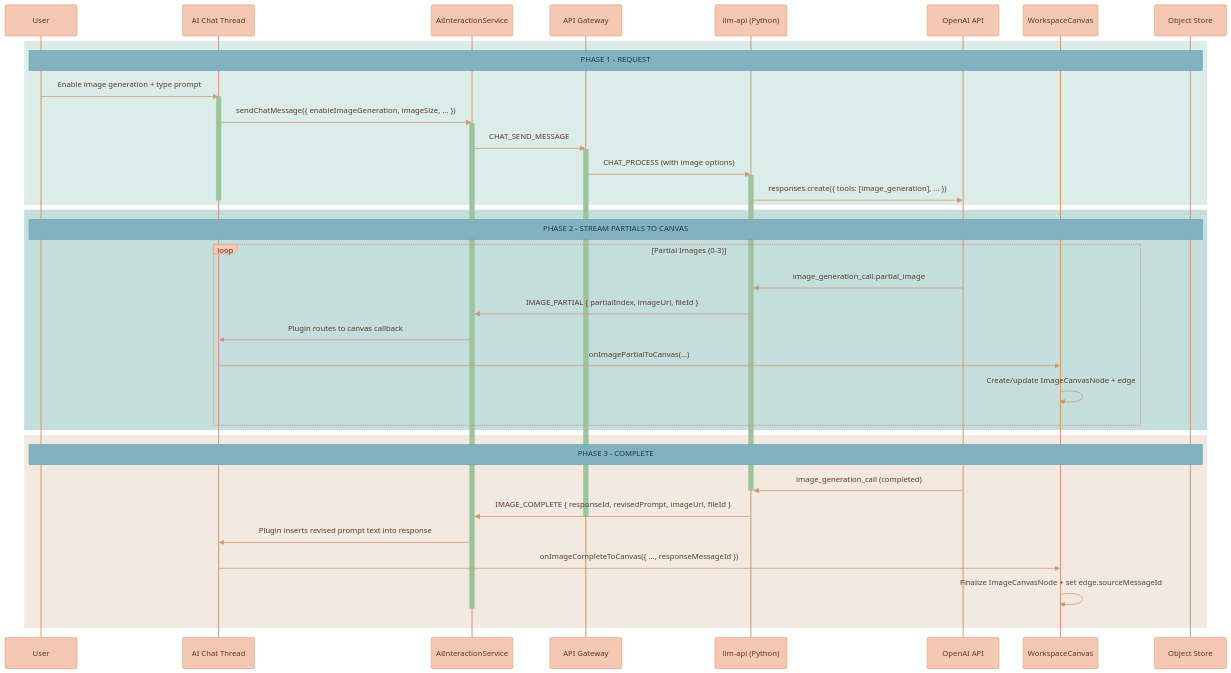
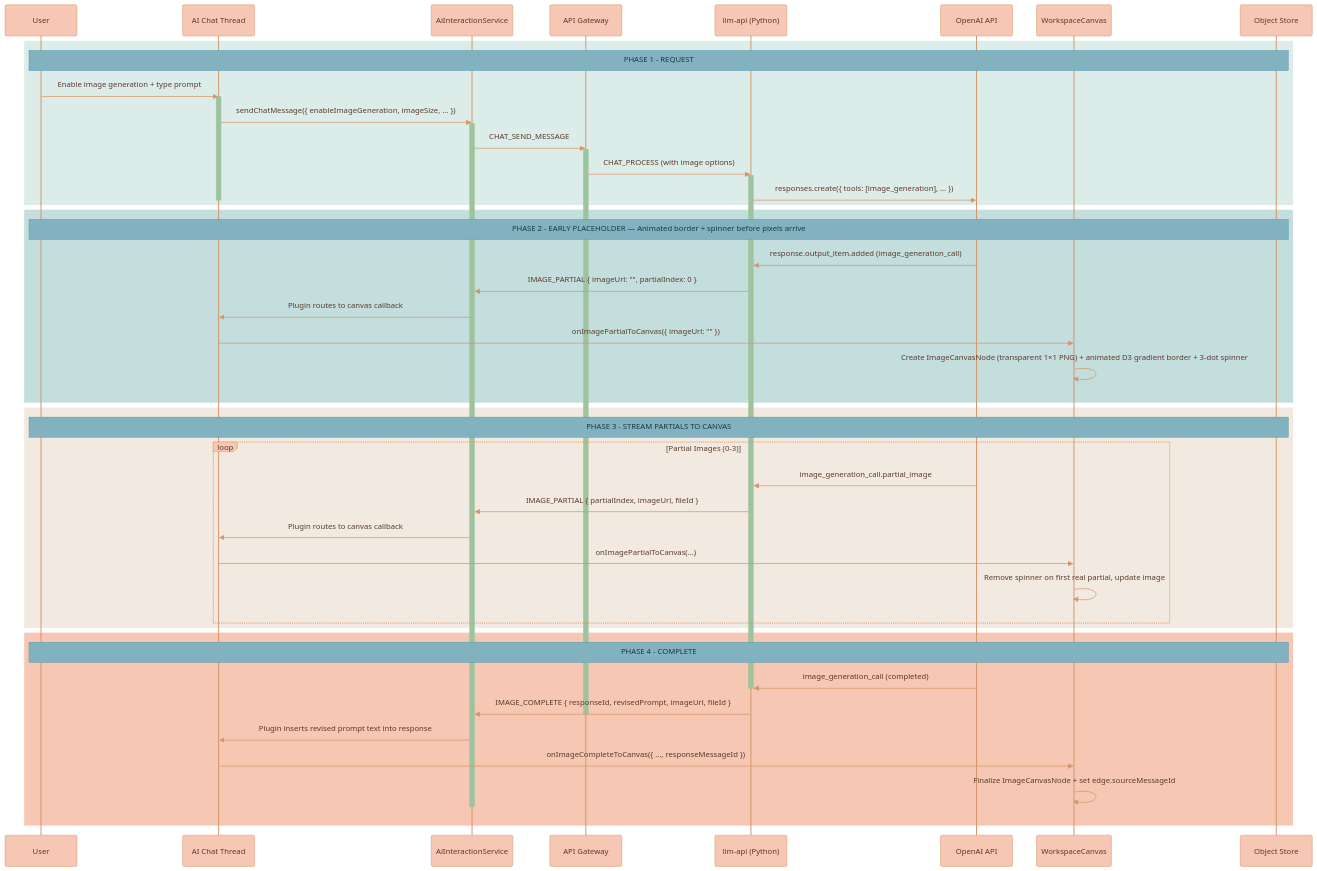
Diagram 17 of 17 in documentation/features/WORKSPACE-FEATURE.md (Lixpi/lixpi), drawn with Mermaid before and after one commit. The commit also changed other lines of this file and 4 other files, not shown here.

````diff
--- a/documentation/features/WORKSPACE-FEATURE.md
+++ b/documentation/features/WORKSPACE-FEATURE.md
@@ -1059,57 +1059,69 @@
 ```mermaid
 %%{init: {'theme': 'base', 'themeVariables': { 'noteBkgColor': '#82B2C0', 'noteTextColor': '#1a3a47', 'noteBorderColor': '#5a9aad', 'actorBkg': '#F6C7B3', 'actorBorder': '#d4956a', 'actorTextColor': '#5a3a2a', 'actorLineColor': '#d4956a', 'signalColor': '#d4956a', 'signalTextColor': '#5a3a2a', 'labelBoxBkgColor': '#F6C7B3', 'labelBoxBorderColor': '#d4956a', 'labelTextColor': '#5a3a2a', 'loopTextColor': '#5a3a2a', 'activationBorderColor': '#9DC49D', 'activationBkgColor': '#9DC49D', 'sequenceNumberColor': '#5a3a2a'}}}%%
 sequenceDiagram
     participant User
     participant Thread as AI Chat Thread
     participant AIS as AiInteractionService
     participant API as API Gateway
     participant LLM as llm-api (Python)
     participant OpenAI as OpenAI API
     participant Canvas as WorkspaceCanvas
     participant Storage as Object Store
     %% ═══════════════════════════════════════════════════════════════
     %% PHASE 1: REQUEST
     %% ═══════════════════════════════════════════════════════════════
     rect rgb(220, 236, 233)
         Note over User, Storage: PHASE 1 - REQUEST
         User->>Thread: Enable image generation + type prompt
         activate Thread
         Thread->>AIS: sendChatMessage({ enableImageGeneration, imageSize, ... })
         activate AIS
         AIS->>API: CHAT_SEND_MESSAGE
         activate API
         API->>LLM: CHAT_PROCESS (with image options)
         activate LLM
         LLM->>OpenAI: responses.create({ tools: [image_generation], ... })
         deactivate Thread
     end
 
     %% ═══════════════════════════════════════════════════════════════
-    %% PHASE 2: STREAM PARTIALS → CANVAS
+    %% PHASE 2: EARLY PLACEHOLDER → CANVAS
     %% ═══════════════════════════════════════════════════════════════
     rect rgb(195, 222, 221)
-        Note over User, Storage: PHASE 2 - STREAM PARTIALS TO CANVAS
+        Note over User, Storage: PHASE 2 - EARLY PLACEHOLDER — Animated border + spinner before pixels arrive
+        OpenAI->>LLM: response.output_item.added (image_generation_call)
+        LLM->>AIS: IMAGE_PARTIAL { imageUrl: "", partialIndex: 0 }
+        AIS->>Thread: Plugin routes to canvas callback
+        Thread->>Canvas: onImagePartialToCanvas({ imageUrl: "" })
+        Canvas->>Canvas: Create ImageCanvasNode (transparent 1×1 PNG) + animated D3 gradient border + 3-dot spinner
+    end
+
+    %% ═══════════════════════════════════════════════════════════════
+    %% PHASE 3: STREAM PARTIALS → CANVAS
+    %% ═══════════════════════════════════════════════════════════════
+    rect rgb(242, 234, 224)
+        Note over User, Storage: PHASE 3 - STREAM PARTIALS TO CANVAS
         loop Partial Images (0-3)
             OpenAI->>LLM: image_generation_call.partial_image
             LLM->>AIS: IMAGE_PARTIAL { partialIndex, imageUrl, fileId }
             AIS->>Thread: Plugin routes to canvas callback
             Thread->>Canvas: onImagePartialToCanvas(...)
-            Canvas->>Canvas: Create/update ImageCanvasNode + edge
+            Canvas->>Canvas: Remove spinner on first real partial, update image
         end
     end
 
     %% ═══════════════════════════════════════════════════════════════
-    %% PHASE 3: COMPLETE → CANVAS + REVISED PROMPT IN CHAT
+    %% PHASE 4: COMPLETE → CANVAS + REVISED PROMPT IN CHAT
     %% ═══════════════════════════════════════════════════════════════
-    rect rgb(242, 234, 224)
-        Note over User, Storage: PHASE 3 - COMPLETE
+    rect rgb(246, 199, 179)
+        Note over User, Storage: PHASE 4 - COMPLETE
         OpenAI->>LLM: image_generation_call (completed)
         deactivate LLM
         LLM->>AIS: IMAGE_COMPLETE { responseId, revisedPrompt, imageUrl, fileId }
         deactivate API
         AIS->>Thread: Plugin inserts revised prompt text into response
         Thread->>Canvas: onImageCompleteToCanvas({ ..., responseMessageId })
         Canvas->>Canvas: Finalize ImageCanvasNode + set edge.sourceMessageId
         deactivate AIS
     end
 ```
````
